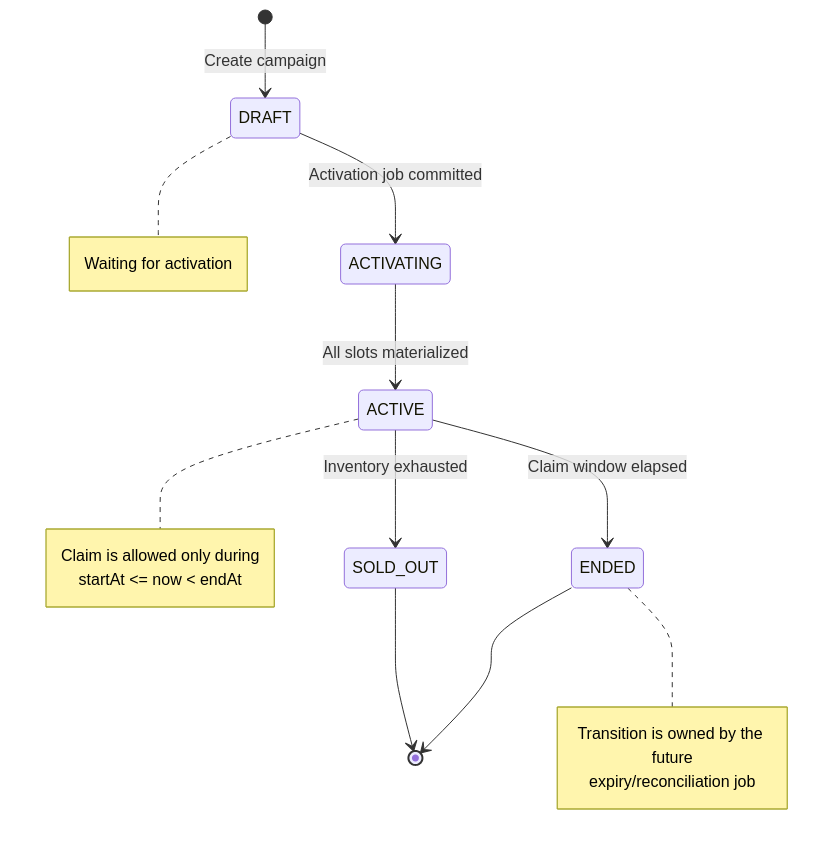
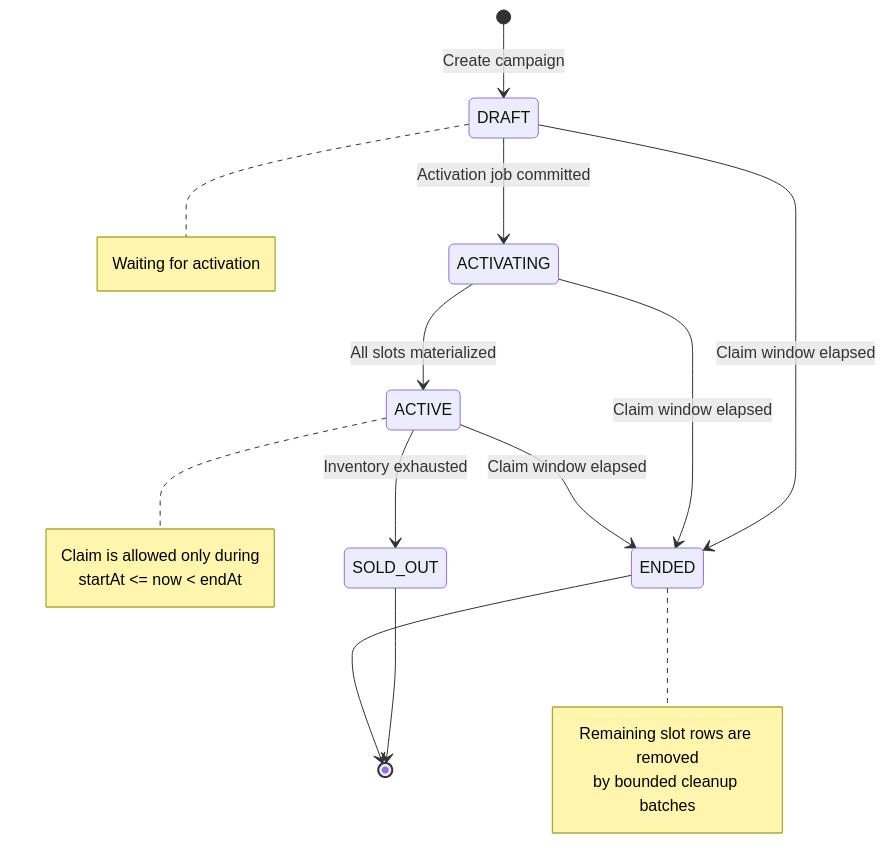
The third of 16 diagrams in SOLUTION.md (PhamDinhDuy-2508/Voucher-claim-system), drawn with Mermaid before and after one commit. The commit also changed other lines of this file and 15 other files, not shown here.

````diff
--- a/SOLUTION.md
+++ b/SOLUTION.md
@@ -289,24 +289,26 @@
 ```mermaid
 stateDiagram-v2
     [*] --> DRAFT: Create campaign
     DRAFT --> ACTIVATING: Activation job committed
     ACTIVATING --> ACTIVE: All slots materialized
+    DRAFT --> ENDED: Claim window elapsed
+    ACTIVATING --> ENDED: Claim window elapsed
     ACTIVE --> SOLD_OUT: Inventory exhausted
     ACTIVE --> ENDED: Claim window elapsed
     SOLD_OUT --> [*]
     ENDED --> [*]
 
     note right of DRAFT
         Waiting for activation
     end note
 
     note right of ACTIVE
         Claim is allowed only during
         startAt <= now < endAt
     end note
 
     note right of ENDED
-        Transition is owned by the future
-        expiry/reconciliation job
+        Remaining slot rows are removed
+        by bounded cleanup batches
     end note
 ```
````
